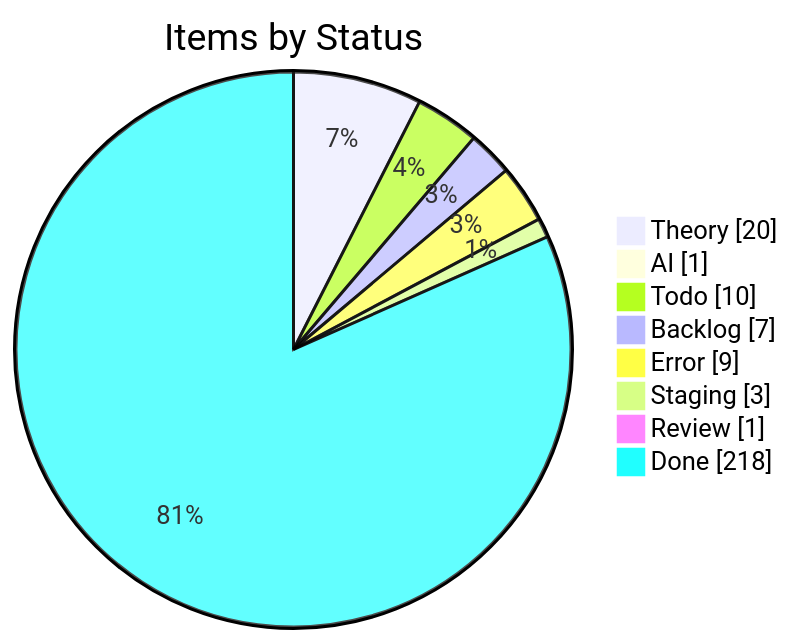
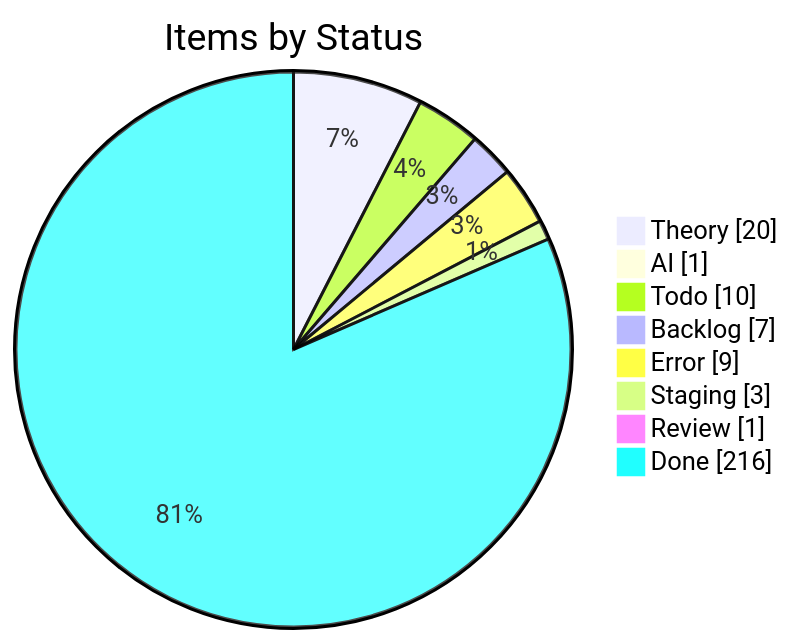
One commit to KBVE/kbve changed the first of 4 diagrams in apps/kbve/astro-kbve/src/content/docs/dashboard/kanban-data.mdx. Above: the diagram before and after it, drawn with Mermaid. The commit also changed other lines of this file and 8 other files, not shown here.

````diff
--- a/apps/kbve/astro-kbve/src/content/docs/dashboard/kanban-data.mdx
+++ b/apps/kbve/astro-kbve/src/content/docs/dashboard/kanban-data.mdx
@@ -55,12 +55,12 @@
 ```mermaid
 pie showData
     title Items by Status
     "Theory" : 20
     "AI" : 1
     "Todo" : 10
     "Backlog" : 7
     "Error" : 9
     "Staging" : 3
     "Review" : 1
-    "Done" : 218
+    "Done" : 216
 ```
````
